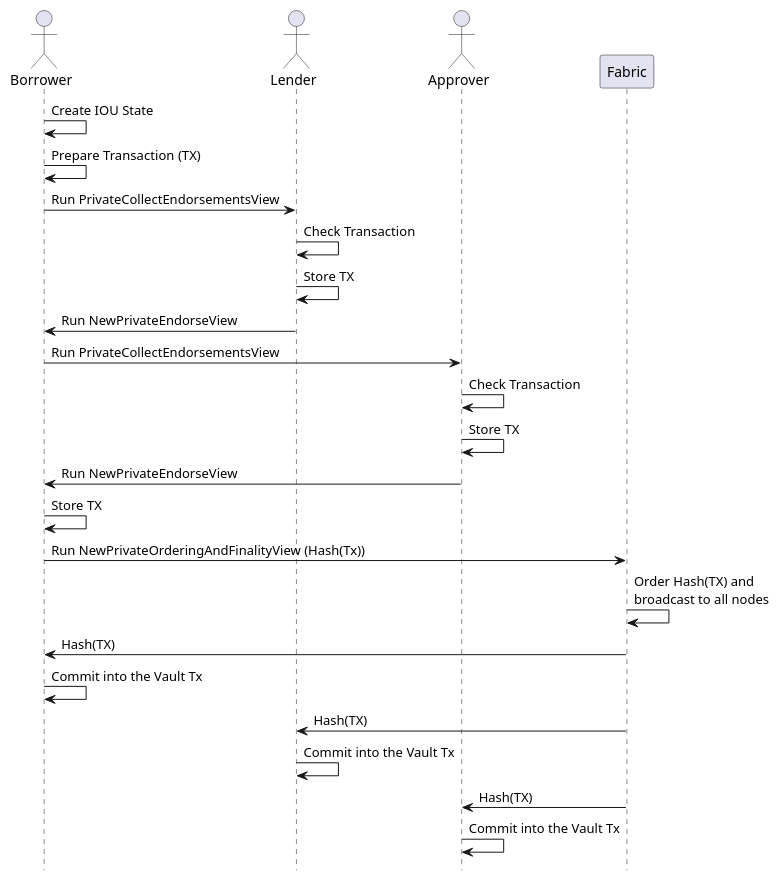
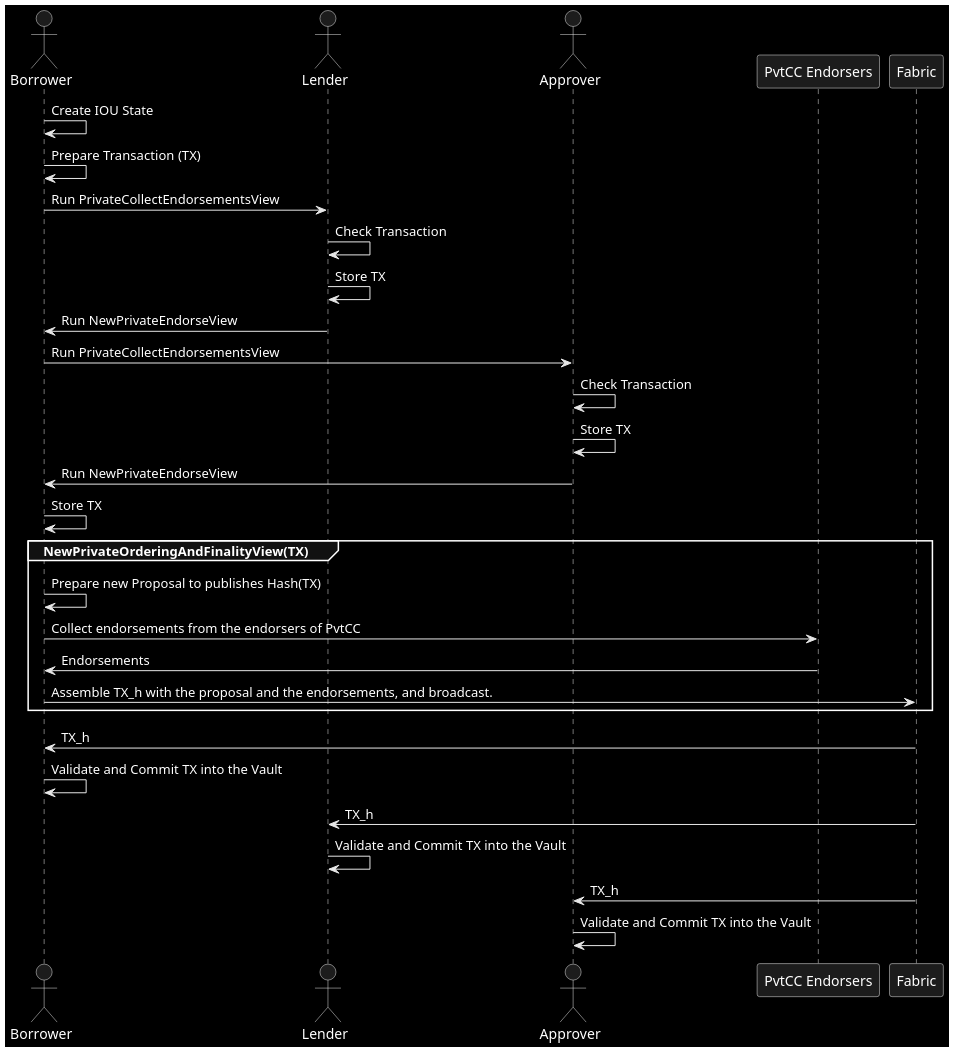
The diagram in integration/fabric/pvtiou/diagrams/iou.puml (hyperledger-labs/fabric-smart-client), drawn with PlantUML before and after one commit.

Commit message:
diagram update

```diff
--- a/integration/fabric/pvtiou/diagrams/iou.puml
+++ b/integration/fabric/pvtiou/diagrams/iou.puml
@@ -1,32 +1,38 @@
 @startuml
 '- force wrapping of longer text
 'skinparam wrapWidth 400
 !pragma teoz true
-hide footbox
+skinparam monochrome reverse
+'hide footbox
 
 actor "Borrower" as Borrower
 actor "Lender" as Lender
 actor "Approver" as Approver
+participant "PvtCC Endorsers" as Endorsers
 participant "Fabric" as Fabric
 
 Borrower -> Borrower: Create IOU State
 Borrower -> Borrower: Prepare Transaction (TX)
 Borrower -> Lender: Run PrivateCollectEndorsementsView
 Lender -> Lender: Check Transaction
 Lender -> Lender: Store TX
 Lender -> Borrower: Run NewPrivateEndorseView
 Borrower -> Approver: Run PrivateCollectEndorsementsView
 Approver -> Approver: Check Transaction
 Approver -> Approver: Store TX
 Approver -> Borrower: Run NewPrivateEndorseView
 Borrower -> Borrower: Store TX
-Borrower -> Fabric: Run NewPrivateOrderingAndFinalityView (Hash(Tx))
-Fabric -> Fabric: Order Hash(TX) and \nbroadcast to all nodes
-Fabric -> Borrower: Hash(TX)
-Borrower -> Borrower: Commit into the Vault Tx
-Fabric -> Lender: Hash(TX)
-Lender -> Lender: Commit into the Vault Tx
-Fabric -> Approver: Hash(TX)
-Approver -> Approver: Commit into the Vault Tx
+group NewPrivateOrderingAndFinalityView(TX)
+Borrower -> Borrower: Prepare new Proposal to publishes Hash(TX)
+Borrower -> Endorsers: Collect endorsements from the endorsers of PvtCC
+Endorsers -> Borrower: Endorsements
+Borrower -> Fabric: Assemble TX_h with the proposal and the endorsements, and broadcast.
+end
+Fabric -> Borrower: TX_h
+Borrower -> Borrower: Validate and Commit TX into the Vault
+Fabric -> Lender: TX_h
+Lender -> Lender: Validate and Commit TX into the Vault
+Fabric -> Approver: TX_h
+Approver -> Approver: Validate and Commit TX into the Vault
 
 @enduml
```
